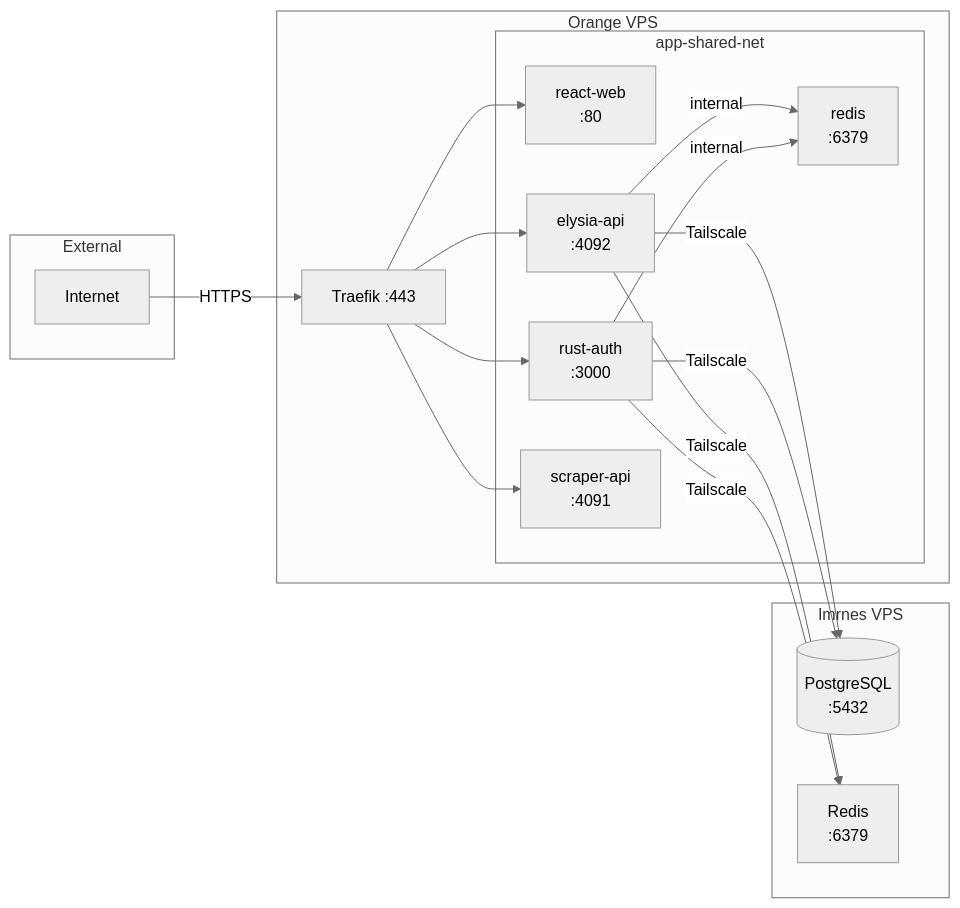
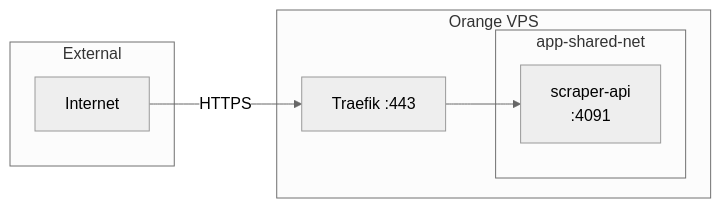
Before and after one commit to asepharyana/asepharyana-hub: the fifth of 5 diagrams in ARCHITECTURE.md, drawn with Mermaid (neutral theme). The commit also changed other lines of this file and 4 other files, not shown here.

Commit message:
refactor: update architecture and documentation for scraper service, remove deprecated services

````diff
--- a/ARCHITECTURE.md
+++ b/ARCHITECTURE.md
@@ -280,36 +266,17 @@
 ```mermaid
 graph LR
     subgraph "External"
         WWW[Internet]
     end
 
     subgraph "Orange VPS"
         TRAEFIK[Traefik :443]
 
         subgraph "app-shared-net"
-            REACT[react-web<br/>:80]
-            ELYSIA[elysia-api<br/>:4092]
-            RUST_AUTH[rust-auth<br/>:3000]
             SCRAPER[scraper-api<br/>:4091]
-            REDIS[redis<br/>:6379]
         end
     end
 
-    subgraph "Imrnes VPS"
-        PG[(PostgreSQL<br/>:5432)]
-        REDIS_IMR[Redis<br/>:6379]
-    end
-
     WWW -->|HTTPS| TRAEFIK
-    TRAEFIK --> REACT
-    TRAEFIK --> ELYSIA
-    TRAEFIK --> RUST_AUTH
     TRAEFIK --> SCRAPER
-
-    ELYSIA -->|Tailscale| PG
-    RUST_AUTH -->|Tailscale| PG
-    ELYSIA -->|internal| REDIS
-    RUST_AUTH -->|internal| REDIS
-    ELYSIA -->|Tailscale| REDIS_IMR
-    RUST_AUTH -->|Tailscale| REDIS_IMR
 ```
````
